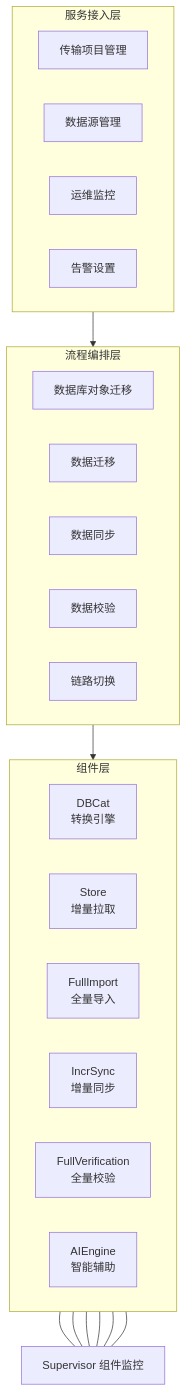
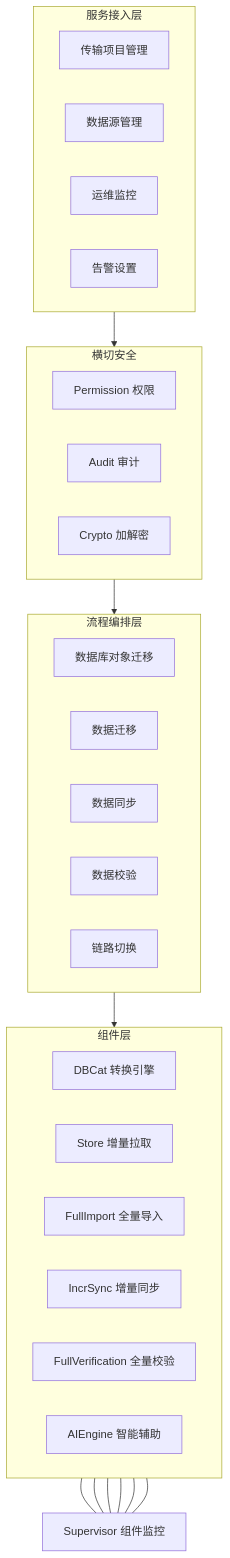
The diagram in doc/diagrams/fig3-2-module-composition.mmd (program231/design), drawn with Mermaid before and after one commit. The commit also changed 9 other files, not shown here.

```diff
--- a/doc/diagrams/fig3-2-module-composition.mmd
+++ b/doc/diagrams/fig3-2-module-composition.mmd
@@ -1,37 +1,44 @@
 flowchart TB
     subgraph access [服务接入层]
         direction LR
         P1[传输项目管理]
         P2[数据源管理]
         P3[运维监控]
         P4[告警设置]
+    end
+
+    subgraph security [横切安全]
+        direction LR
+        S1[Permission 权限]
+        S2[Audit 审计]
+        S3[Crypto 加解密]
     end
 
     subgraph orch [流程编排层]
         direction LR
         O1[数据库对象迁移]
         O2[数据迁移]
         O3[数据同步]
         O4[数据校验]
         O5[链路切换]
     end
 
     subgraph comps [组件层]
         direction LR
-        C1[DBCat<br/>转换引擎]
-        C2[Store<br/>增量拉取]
-        C3[FullImport<br/>全量导入]
-        C4[IncrSync<br/>增量同步]
-        C5[FullVerification<br/>全量校验]
-        C6[AIEngine<br/>智能辅助]
+        C1[DBCat 转换引擎]
+        C2[Store 增量拉取]
+        C3[FullImport 全量导入]
+        C4[IncrSync 增量同步]
+        C5[FullVerification 全量校验]
+        C6[AIEngine 智能辅助]
     end
 
     Sup[Supervisor 组件监控]
 
-    access --> orch --> comps
+    access --> security --> orch --> comps
     C1 --- Sup
     C2 --- Sup
     C3 --- Sup
     C4 --- Sup
     C5 --- Sup
     C6 --- Sup
```
